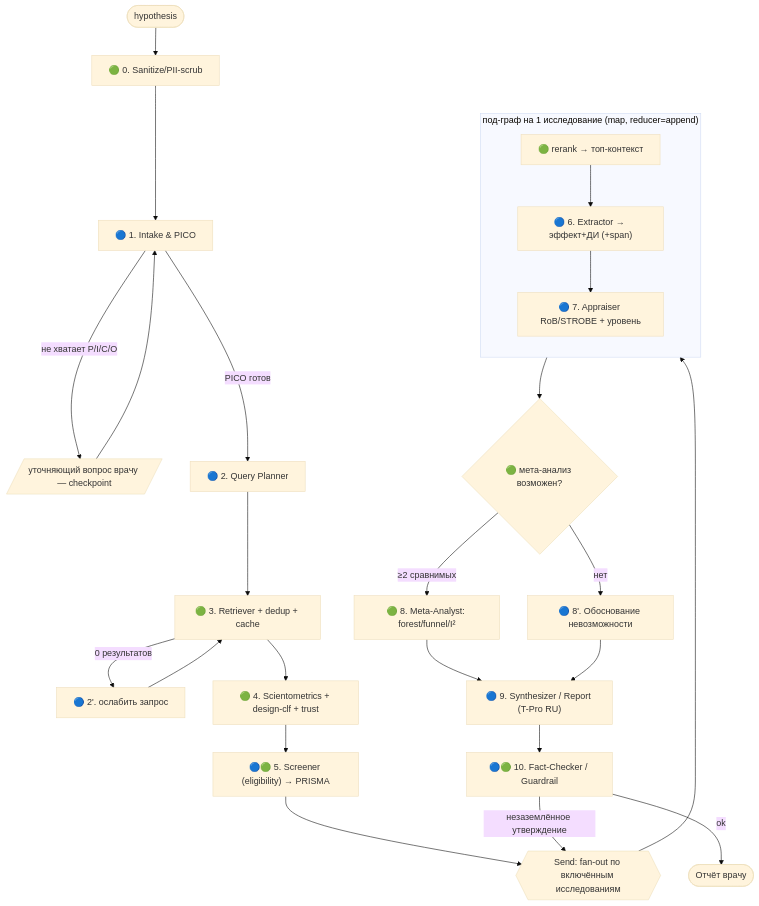
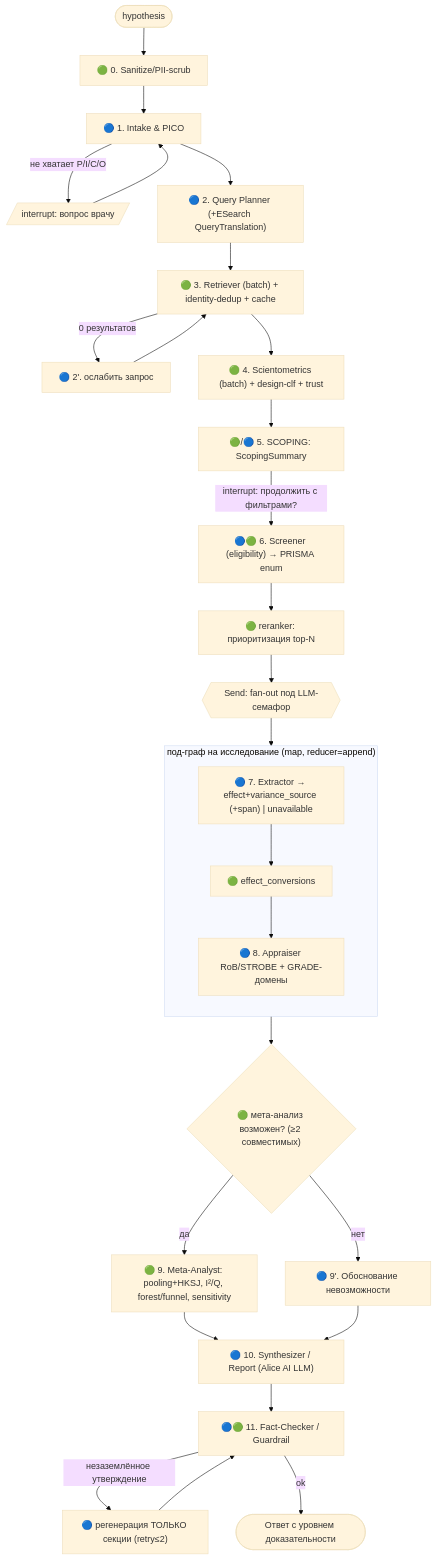
Before and after one commit to Ivana-banana/Digital_Health: the second of 2 diagrams in plan.md, drawn with Mermaid (base theme). The commit also changed other lines of this file, not shown here.

````diff
--- a/plan.md
+++ b/plan.md
@@ -91,27 +90,30 @@
 ```mermaid
 flowchart TD
     S([hypothesis]) --> SAN["🟢 0. Sanitize/PII-scrub"]
     SAN --> N1["🔵 1. Intake & PICO"]
-    N1 -->|не хватает P/I/C/O| ASK[/уточняющий вопрос врачу — checkpoint/]
+    N1 -->|не хватает P/I/C/O| ASK[/interrupt: вопрос врачу/]
     ASK --> N1
-    N1 -->|PICO готов| N2["🔵 2. Query Planner"]
-    N2 --> N3["🟢 3. Retriever + dedup + cache"]
+    N1 --> N2["🔵 2. Query Planner (+ESearch QueryTranslation)"]
+    N2 --> N3["🟢 3. Retriever (batch) + identity-dedup + cache"]
     N3 -->|0 результатов| RELAX["🔵 2'. ослабить запрос"] --> N3
-    N3 --> N4["🟢 4. Scientometrics + design-clf + trust"]
-    N4 --> N5["🔵🟢 5. Screener (eligibility) → PRISMA"]
-    N5 --> MAP{{"Send: fan-out по включённым исследованиям"}}
-    subgraph SUB["под-граф на 1 исследование (map, reducer=append)"]
+    N3 --> N4["🟢 4. Scientometrics (batch) + design-clf + trust"]
+    N4 --> SCOPE["🟢/🔵 5. SCOPING: ScopingSummary"]
+    SCOPE -->|interrupt: продолжить с фильтрами?| N5["🔵🟢 6. Screener (eligibility) → PRISMA enum"]
+    N5 --> PRIO["🟢 reranker: приоритизация top-N"]
+    PRIO --> MAP{{"Send: fan-out под LLM-семафор"}}
+    subgraph SUB["под-граф на исследование (map, reducer=append)"]
       direction TB
-      RR["🟢 rerank → топ-контекст"] --> E6["🔵 6. Extractor → эффект+ДИ (+span)"]
-      E6 --> E7["🔵 7. Appraiser RoB/STROBE + уровень"]
+      E6["🔵 7. Extractor → effect+variance_source (+span) | unavailable"] --> CONV["🟢 effect_conversions"]
+      CONV --> E7["🔵 8. Appraiser RoB/STROBE + GRADE-домены"]
     end
     MAP --> SUB
-    SUB --> GATE{"🟢 мета-анализ возможен?"}
-    GATE -->|≥2 сравнимых| N8["🟢 8. Meta-Analyst: forest/funnel/I²"]
-    GATE -->|нет| N8X["🔵 8'. Обоснование невозможности"]
-    N8 --> N9["🔵 9. Synthesizer / Report (T-Pro RU)"]
+    SUB --> GATE{"🟢 мета-анализ возможен? (≥2 совместимых)"}
+    GATE -->|да| N8["🟢 9. Meta-Analyst: pooling+HKSJ, I²/Q, forest/funnel, sensitivity"]
+    GATE -->|нет| N8X["🔵 9'. Обоснование невозможности"]
+    N8 --> N9["🔵 10. Synthesizer / Report (Alice AI LLM)"]
     N8X --> N9
-    N9 --> N10["🔵🟢 10. Fact-Checker / Guardrail"]
-    N10 -->|незаземлённое утверждение| MAP
-    N10 -->|ok| OUT([Отчёт врачу])
+    N9 --> N10["🔵🟢 11. Fact-Checker / Guardrail"]
+    N10 -->|незаземлённое утверждение| REGEN["🔵 регенерация ТОЛЬКО секции (retry≤2)"]
+    REGEN --> N10
+    N10 -->|ok| OUT([Ответ с уровнем доказательности])
 ```
````
